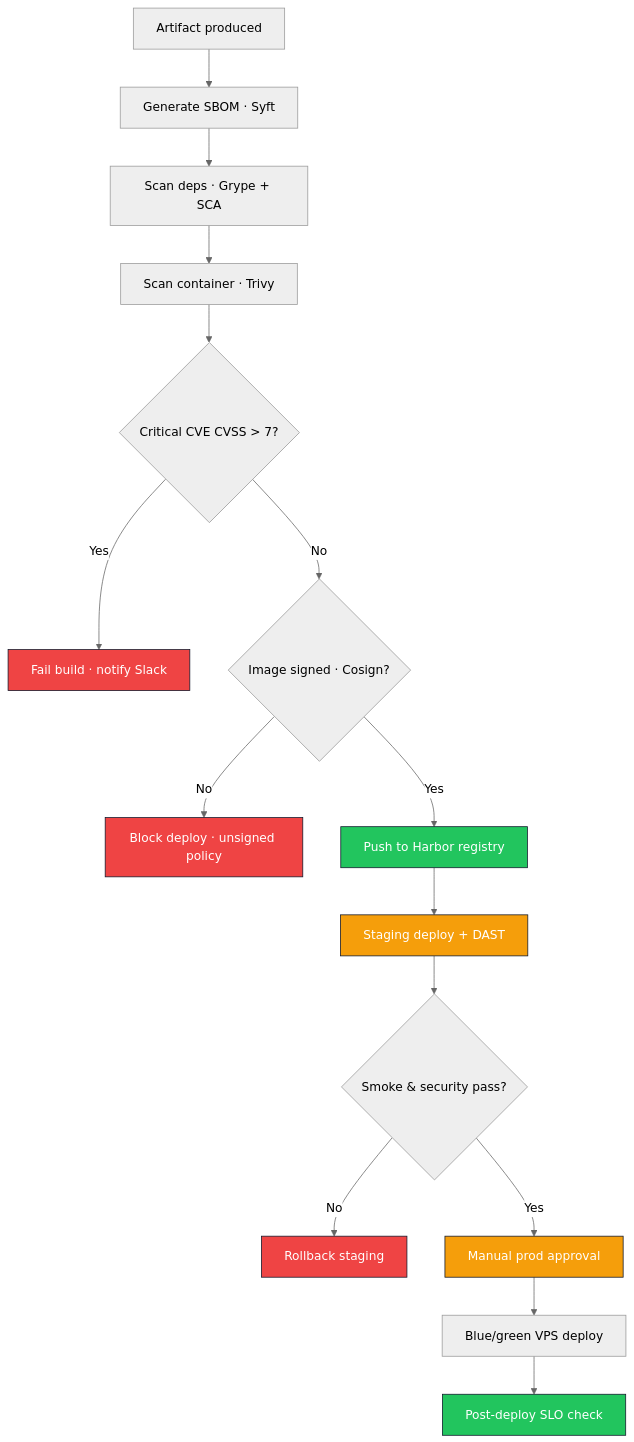
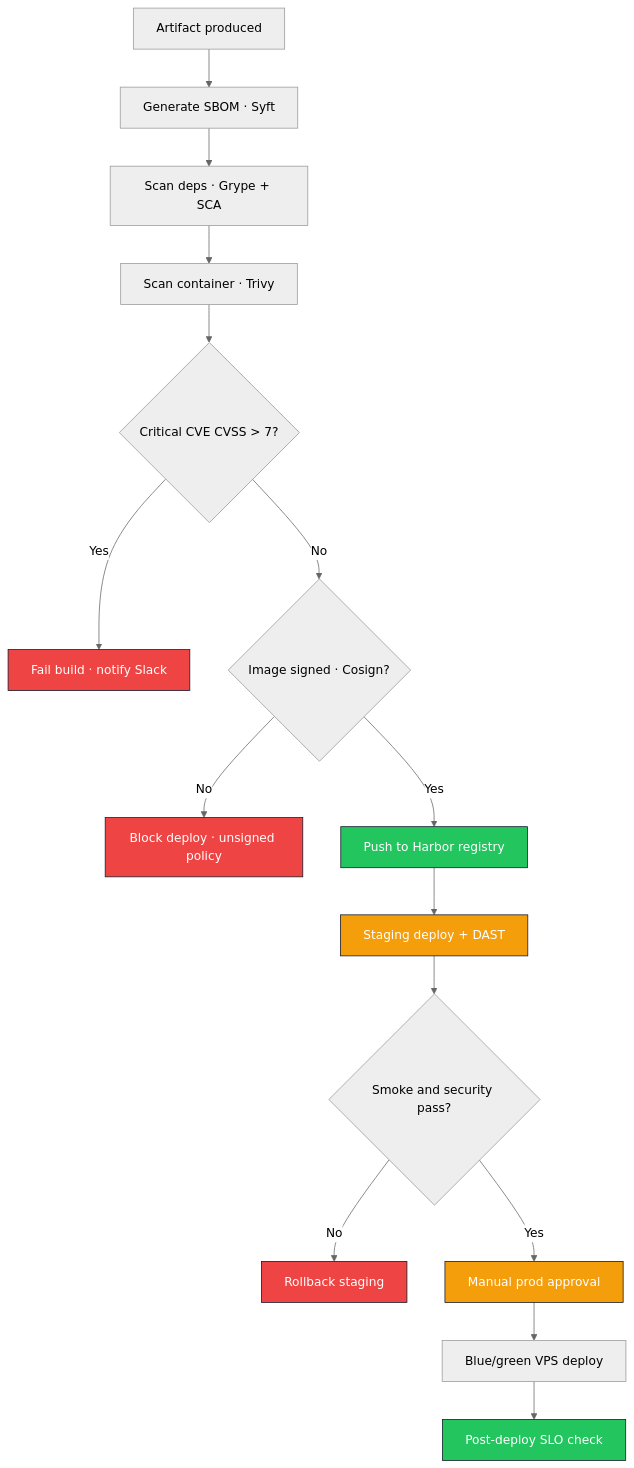
Before and after one commit to barthez-kenwou/barthez-kenwou: the eighth of 18 diagrams in README.md, drawn with Mermaid (neutral theme). The commit also changed other lines of this file, not shown here.

````diff
--- a/README.md
+++ b/README.md
@@ -797,25 +797,25 @@
 ```mermaid
 flowchart TD
     classDef ok fill:#22C55E,stroke:#0F172A,color:#fff
     classDef warn fill:#F59E0B,stroke:#0F172A,color:#fff
     classDef bad fill:#EF4444,stroke:#0F172A,color:#fff
 
     A["Artifact produced"] --> B["Generate SBOM · Syft"]
     B --> C["Scan deps · Grype + SCA"]
     C --> D["Scan container · Trivy"]
     D --> E{"Critical CVE CVSS &gt; 7?"}
     E -->|Yes| F["Fail build · notify Slack"]
     E -->|No| G{"Image signed · Cosign?"}
     G -->|No| H["Block deploy · unsigned policy"]
     G -->|Yes| I["Push to Harbor registry"]
     I --> J["Staging deploy + DAST"]
-    J --> K{"Smoke &amp; security pass?"}
+    J --> K{"Smoke and security pass?"}
     K -->|No| L["Rollback staging"]
     K -->|Yes| M["Manual prod approval"]
     M --> N["Blue/green VPS deploy"]
     N --> O["Post-deploy SLO check"]
 
     class O,I ok
     class M,J warn
     class F,H,L bad
 ```
````
